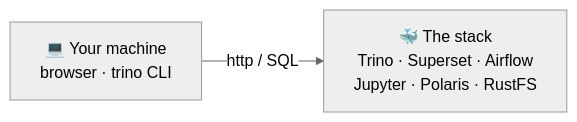
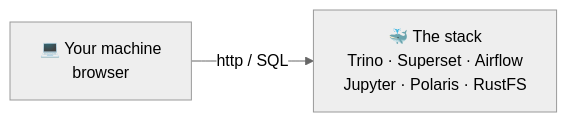
The diagram in training/docs/setup/prerequisites.md (maarthala/databrick-local-simulator), drawn with Mermaid (neutral theme) before and after one commit. The commit also changed other lines of this file and 31 other files, not shown here.

First line of the commit message:
Trino per user: learners query only through SQLPad / Superset, as themselves

````diff
--- a/training/docs/setup/prerequisites.md
+++ b/training/docs/setup/prerequisites.md
@@ -13,4 +13,4 @@
 ```mermaid
 flowchart LR
-  YOU["💻 Your machine<br/>browser · trino CLI"] -->|http / SQL| STACK["🐳 The stack<br/>Trino · Superset · Airflow<br/>Jupyter · Polaris · RustFS"]
+  YOU["💻 Your machine<br/>browser"] -->|http / SQL| STACK["🐳 The stack<br/>Trino · Superset · Airflow<br/>Jupyter · Polaris · RustFS"]
 ```
````
